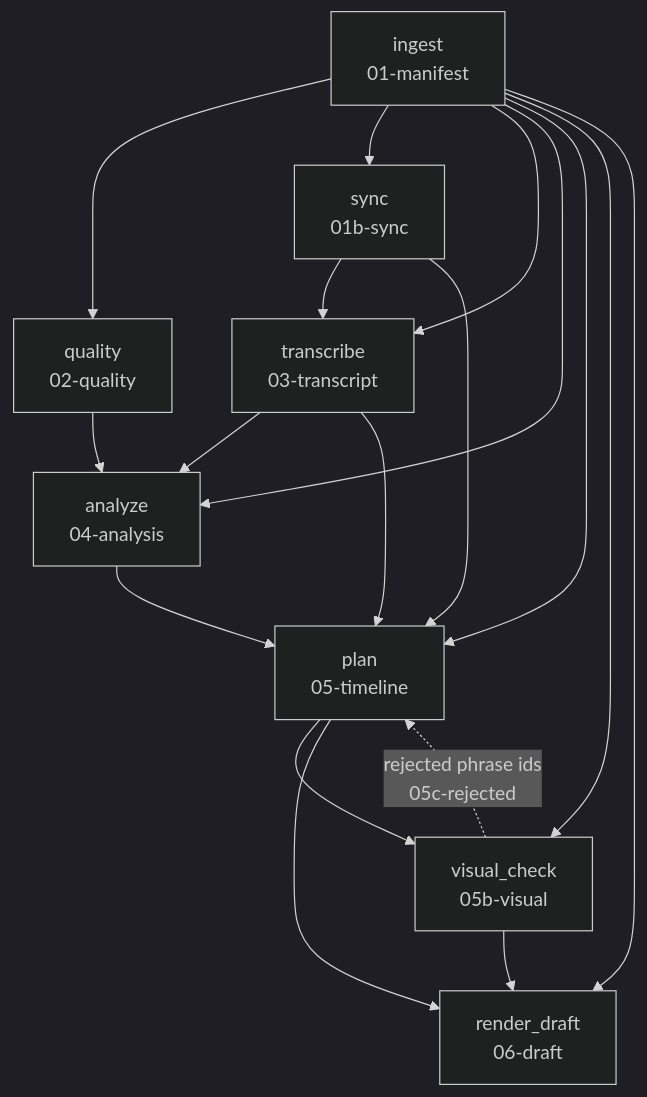
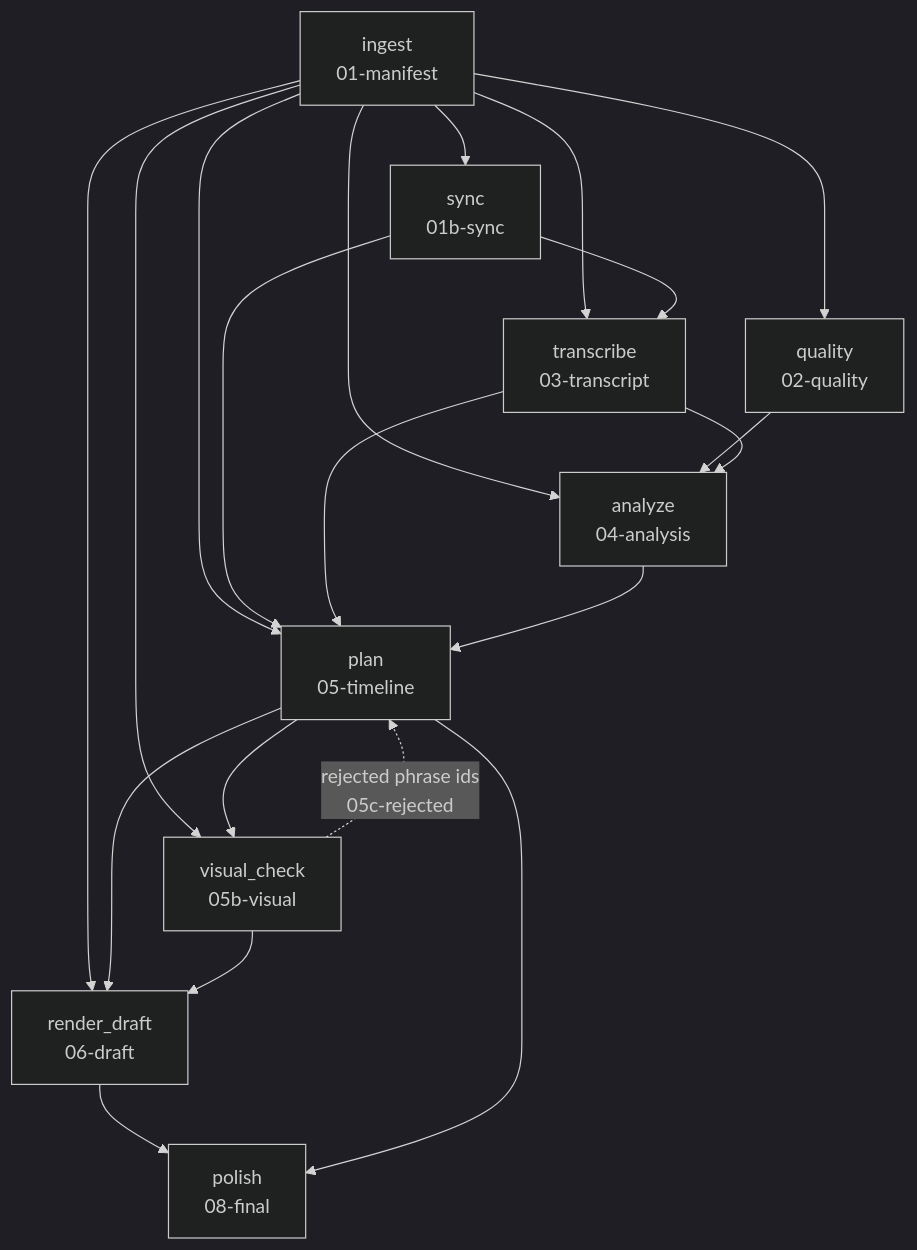
The diagram in README.md (krukovden/video-ai-studio), drawn with Mermaid (dark theme) before and after one commit. The commit also changed other lines of this file and 10 other files, not shown here.

````diff
--- a/README.md
+++ b/README.md
@@ -89,29 +89,32 @@
 ```mermaid
 flowchart TD
     ingest["ingest<br/>01-manifest"]
     quality["quality<br/>02-quality"]
     sync["sync<br/>01b-sync"]
     transcribe["transcribe<br/>03-transcript"]
     analyze["analyze<br/>04-analysis"]
     plan["plan<br/>05-timeline"]
     visual_check["visual_check<br/>05b-visual"]
     render_draft["render_draft<br/>06-draft"]
+    polish["polish<br/>08-final"]
 
     ingest --> quality
     ingest --> sync
     ingest --> transcribe
     sync --> transcribe
     ingest --> analyze
     quality --> analyze
     transcribe --> analyze
     ingest --> plan
     sync --> plan
     transcribe --> plan
     analyze --> plan
     ingest --> visual_check
     plan --> visual_check
     ingest --> render_draft
     plan --> render_draft
     visual_check --> render_draft
+    render_draft --> polish
+    plan --> polish
     visual_check -. "rejected phrase ids<br/>05c-rejected" .-> plan
 ```
````
